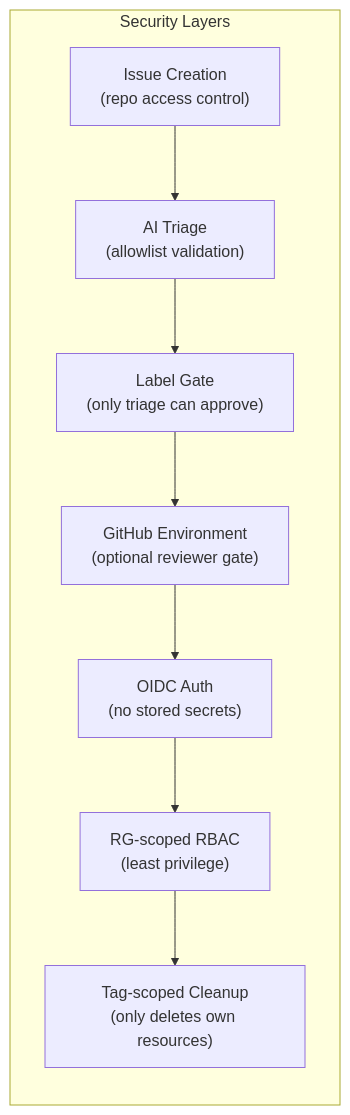
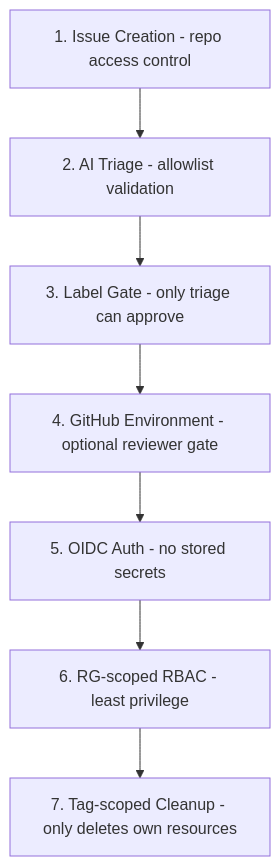
Before and after one commit to PennStateLefty/foundry-project-stack: the second of 2 diagrams in docs/github-actions-approach.md, drawn with Mermaid. The commit also changed other lines of this file and 1 other file, not shown here.

First line of the commit message:
fix: resolve Mermaid syntax errors in ADE and GHA pages

````diff
--- a/docs/github-actions-approach.md
+++ b/docs/github-actions-approach.md
@@ -138,14 +137,9 @@
 ```mermaid
 flowchart TB
-  subgraph Layers["Security Layers"]
-    direction TB
-    L1["Issue Creation<br/>(repo access control)"]
-    L2["AI Triage<br/>(allowlist validation)"]
-    L3["Label Gate<br/>(only triage can approve)"]
-    L4["GitHub Environment<br/>(optional reviewer gate)"]
-    L5["OIDC Auth<br/>(no stored secrets)"]
-    L6["RG-scoped RBAC<br/>(least privilege)"]
-    L7["Tag-scoped Cleanup<br/>(only deletes own resources)"]
-    L1 --> L2 --> L3 --> L4 --> L5 --> L6 --> L7
-  end
+  L1["1. Issue Creation - repo access control"] --> L2["2. AI Triage - allowlist validation"]
+  L2 --> L3["3. Label Gate - only triage can approve"]
+  L3 --> L4["4. GitHub Environment - optional reviewer gate"]
+  L4 --> L5["5. OIDC Auth - no stored secrets"]
+  L5 --> L6["6. RG-scoped RBAC - least privilege"]
+  L6 --> L7["7. Tag-scoped Cleanup - only deletes own resources"]
 ```
````
